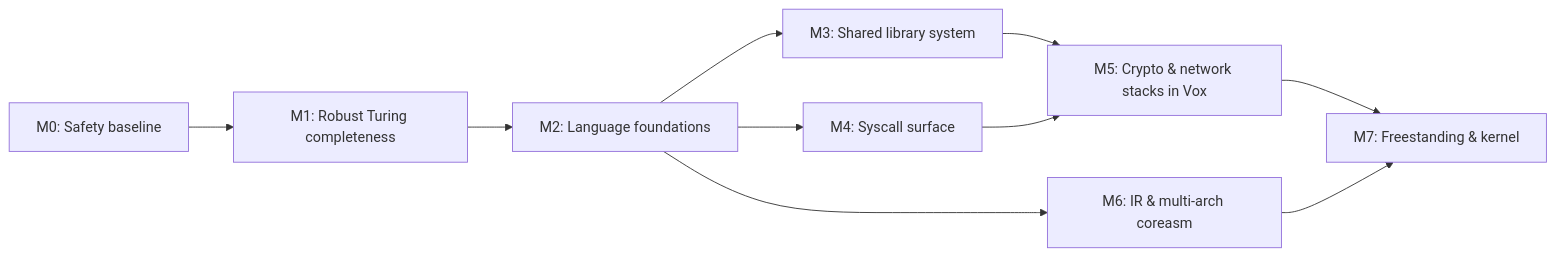
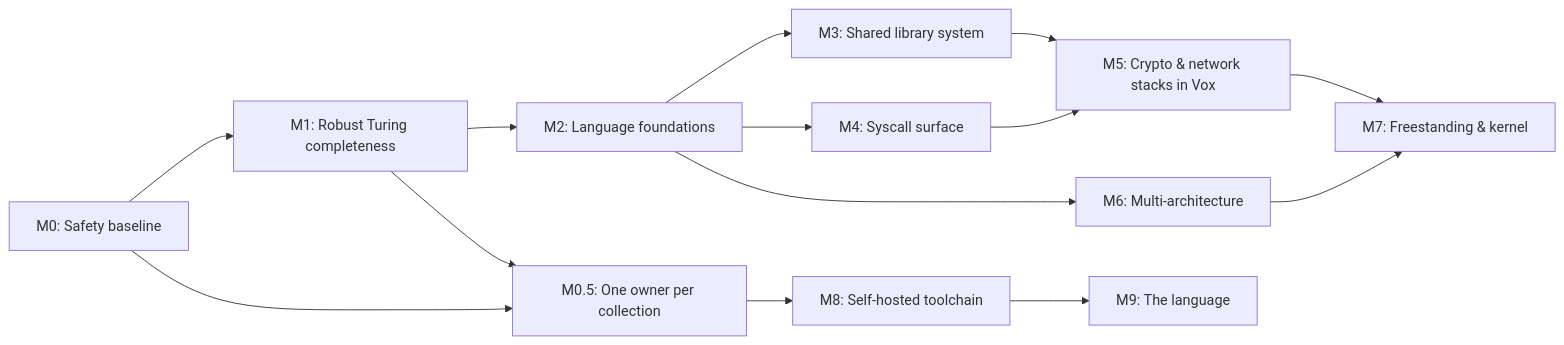
One commit to Vox-lang/vox changed the diagram in ROADMAP.md. Above: the diagram before and after it, drawn with Mermaid. The commit also changed other lines of this file, not shown here.

First line of the commit message:
ROADMAP: the self-hosted toolchain, the language for the 21st century, no IR

````diff
--- a/ROADMAP.md
+++ b/ROADMAP.md
@@ -24,12 +24,16 @@
 ```mermaid
 graph LR
     M0[M0: Safety baseline] --> M1[M1: Robust Turing completeness]
     M1 --> M2[M2: Language foundations]
     M2 --> M3[M3: Shared library system]
     M2 --> M4[M4: Syscall surface]
     M3 --> M5[M5: Crypto & network stacks in Vox]
     M4 --> M5
-    M2 --> M6[M6: IR & multi-arch coreasm]
+    M2 --> M6[M6: Multi-architecture]
     M5 --> M7[M7: Freestanding & kernel]
     M6 --> M7
+    M0 --> V5[M0.5: One owner per collection]
+    M1 --> V5
+    V5 --> M8[M8: Self-hosted toolchain]
+    M8 --> M9[M9: The language]
 ```
````
